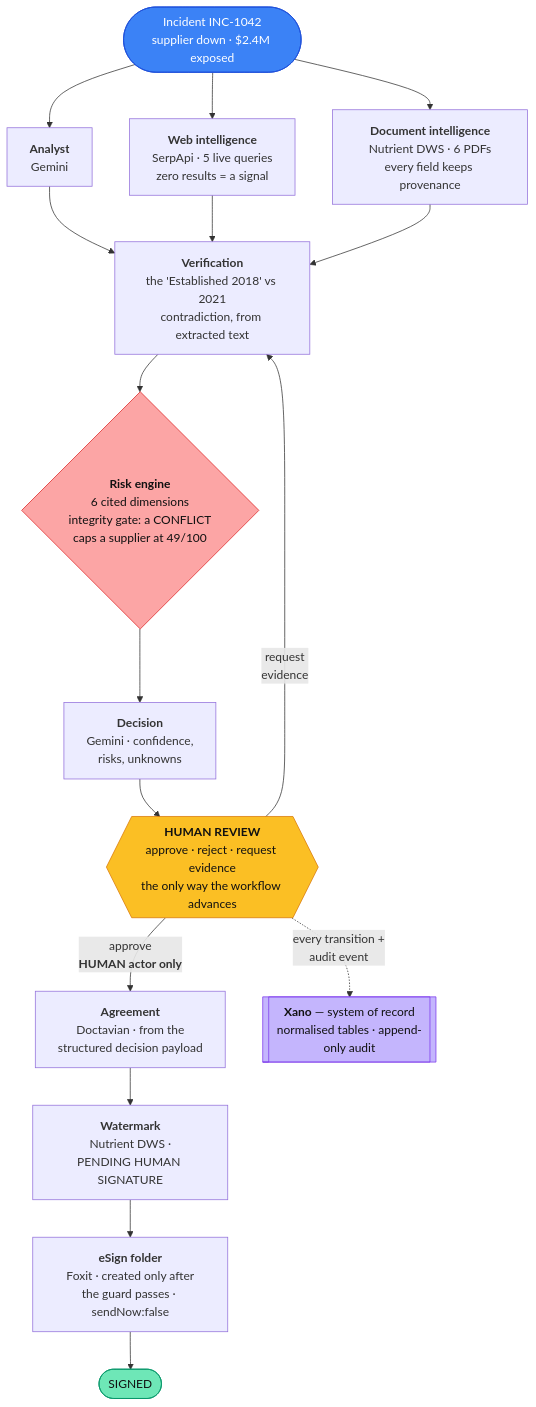
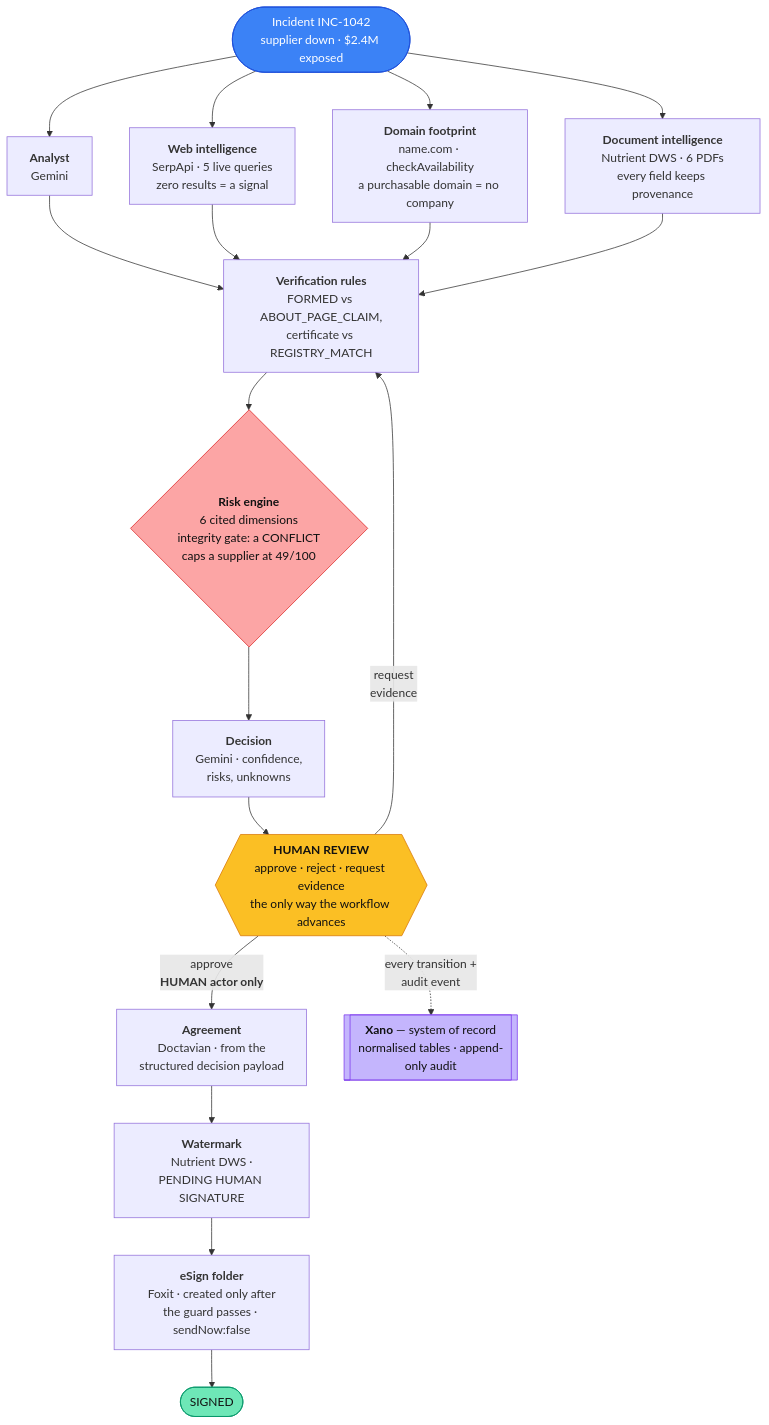
One commit to TusharTechs/aegisflow changed the diagram in README.md. Above: the diagram before and after it, drawn with Mermaid. The commit also changed other lines of this file and 23 other files, not shown here.

````diff
--- a/README.md
+++ b/README.md
@@ -172,31 +203,32 @@
 ```mermaid
 flowchart TB
     INC(["Incident INC-1042<br/>supplier down · $2.4M exposed"])
 
-    INC --> A & W & D
+    INC --> A & W & N & D
     A["<b>Analyst</b><br/>Gemini"]
     W["<b>Web intelligence</b><br/>SerpApi · 5 live queries<br/>zero results = a signal"]
+    N["<b>Domain footprint</b><br/>name.com · checkAvailability<br/>a purchasable domain = no company"]
     D["<b>Document intelligence</b><br/>Nutrient DWS · 6 PDFs<br/>every field keeps provenance"]
 
-    A & W & D --> V["<b>Verification</b><br/>the 'Established 2018' vs 2021<br/>contradiction, from extracted text"]
+    A & W & N & D --> V["<b>Verification rules</b><br/>FORMED vs ABOUT_PAGE_CLAIM,<br/>certificate vs REGISTRY_MATCH"]
     V --> R{"<b>Risk engine</b><br/>6 cited dimensions<br/>integrity gate: a CONFLICT<br/>caps a supplier at 49/100"}
     R --> DEC["<b>Decision</b><br/>Gemini · confidence,<br/>risks, unknowns"]
     DEC --> H
 
     H{{"<b>HUMAN REVIEW</b><br/>approve · reject · request evidence<br/>the only way the workflow advances"}}
     H -- "request<br/>evidence" --> V
     H -- "approve<br/><b>HUMAN actor only</b>" --> GEN
 
     GEN["<b>Agreement</b><br/>Doctavian · from the<br/>structured decision payload"]
     GEN --> WM["<b>Watermark</b><br/>Nutrient DWS ·<br/>PENDING HUMAN SIGNATURE"]
     WM --> SIGN["<b>eSign folder</b><br/>Foxit · created only after<br/>the guard passes · sendNow:false"]
     SIGN --> DONE(["SIGNED"])
 
     H -. "every transition +<br/>audit event" .-> XANO[["<b>Xano</b> — system of record<br/>normalised tables · append-only audit"]]
 
     style INC fill:#3b82f6,stroke:#1d4ed8,color:#fff
     style H fill:#fbbf24,stroke:#d97706,color:#111
     style R fill:#fca5a5,stroke:#dc2626,color:#111
     style XANO fill:#c4b5fd,stroke:#7c3aed,color:#111
     style DONE fill:#6ee7b7,stroke:#059669,color:#111
 ```
````
